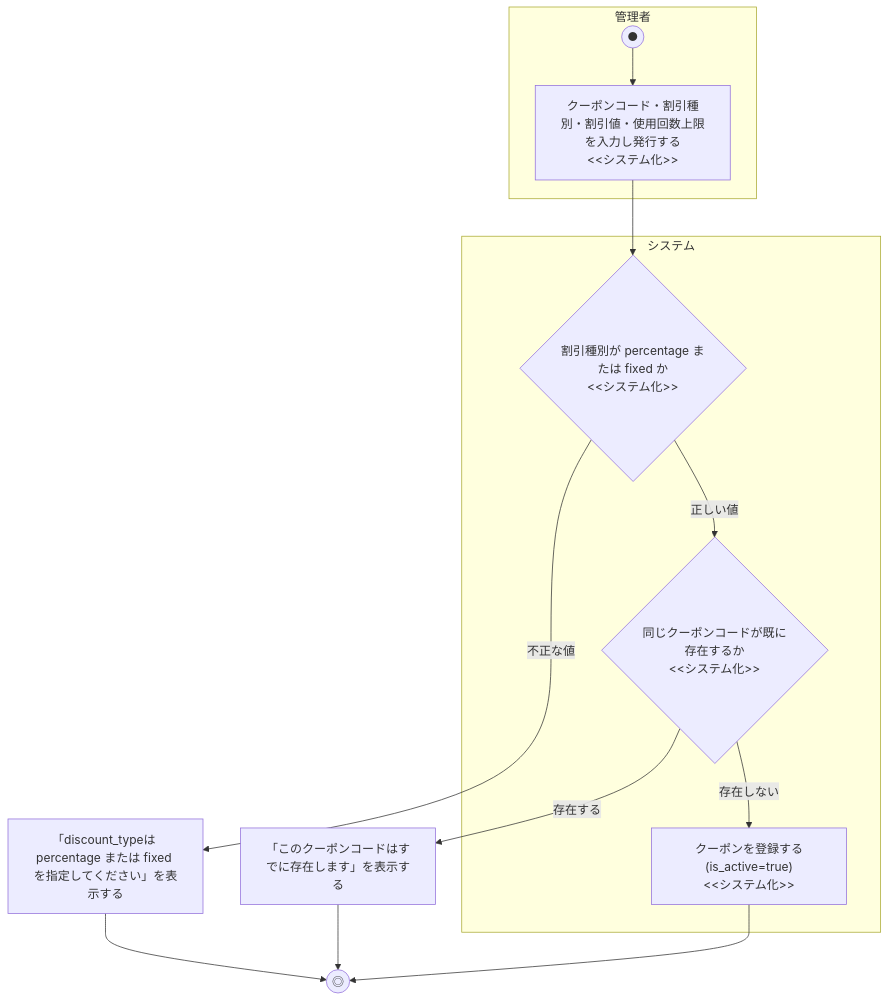
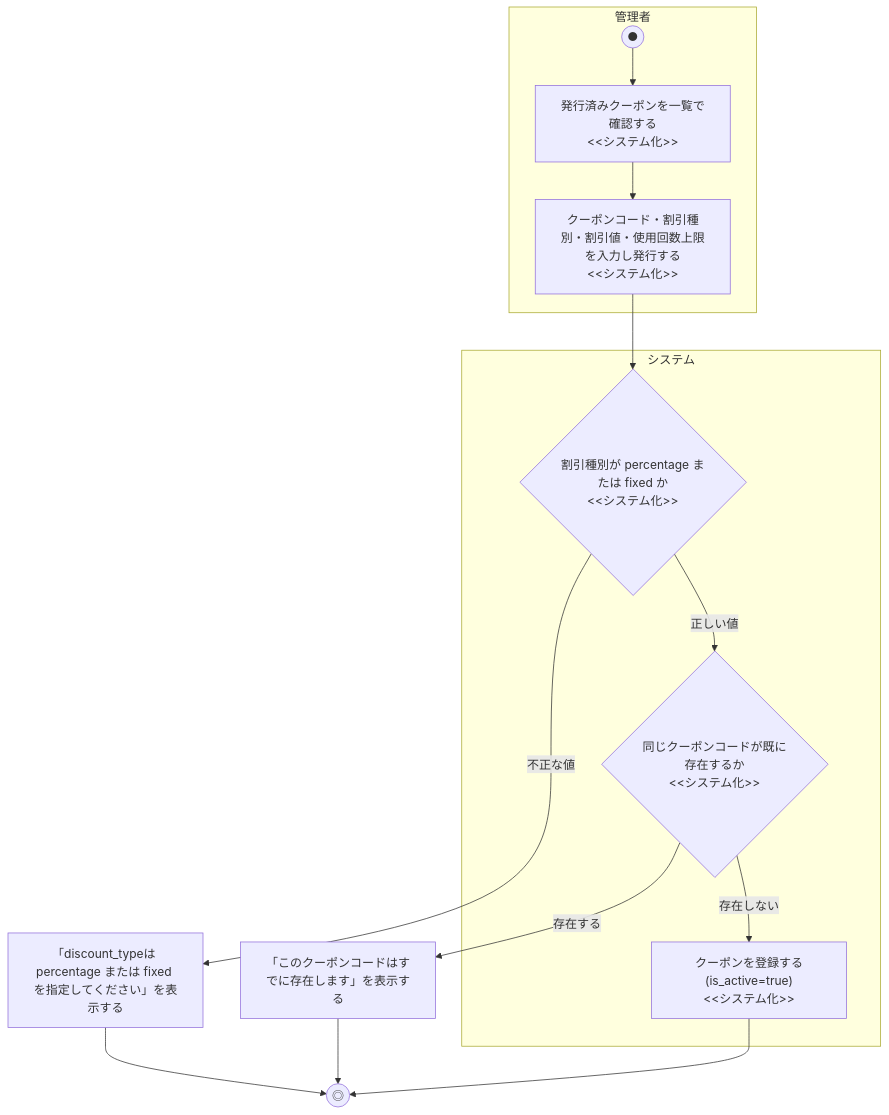
Before and after one commit to KokiNakano2nd/ec2site: the first of 2 diagrams in docs/deliverables/demand_definition/business_flow/07_coupon_admin.md, drawn with Mermaid. The commit also changed other lines of this file and 79 other files, not shown here.

````diff
--- a/docs/deliverables/demand_definition/business_flow/07_coupon_admin.md
+++ b/docs/deliverables/demand_definition/business_flow/07_coupon_admin.md
@@ -24,19 +24,20 @@
 ```mermaid
 flowchart TD
     subgraph 管理者
-        A((●)) --> B["クーポンコード・割引種別・割引値・使用回数上限を入力し発行する<br/><<システム化>>"]
+        A((●)) --> L["発行済みクーポンを一覧で確認する<br/><<システム化>>"]
+        L --> B["クーポンコード・割引種別・割引値・使用回数上限を入力し発行する<br/><<システム化>>"]
     end
     subgraph システム
         C{"割引種別が percentage または fixed か<br/><<システム化>>"}
         D{"同じクーポンコードが既に存在するか<br/><<システム化>>"}
         E["クーポンを登録する(is_active=true)<br/><<システム化>>"]
     end
     B --> C
     C -->|不正な値| F["「discount_typeは percentage または fixed を指定してください」を表示する"]
     C -->|正しい値| D
     D -->|存在する| G["「このクーポンコードはすでに存在します」を表示する"]
     D -->|存在しない| E
     E --> H((◎))
     F --> H
     G --> H
 ```
````
